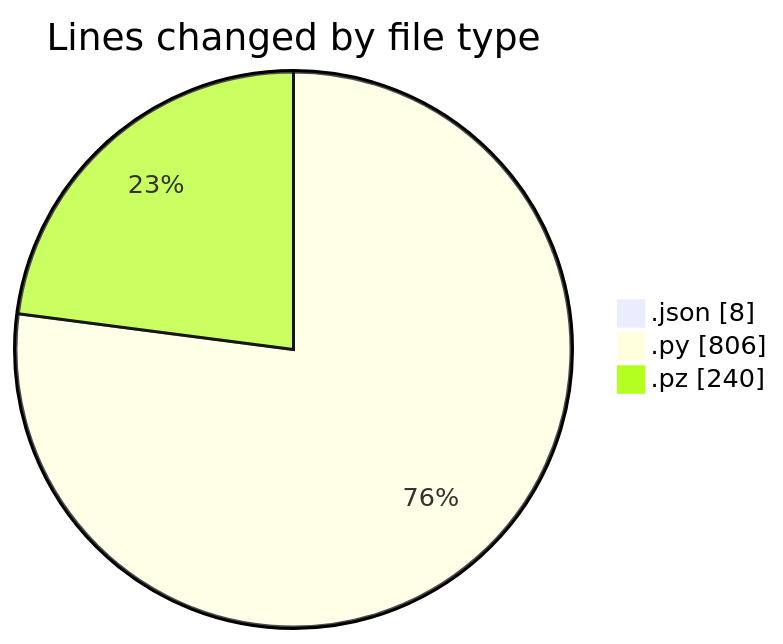
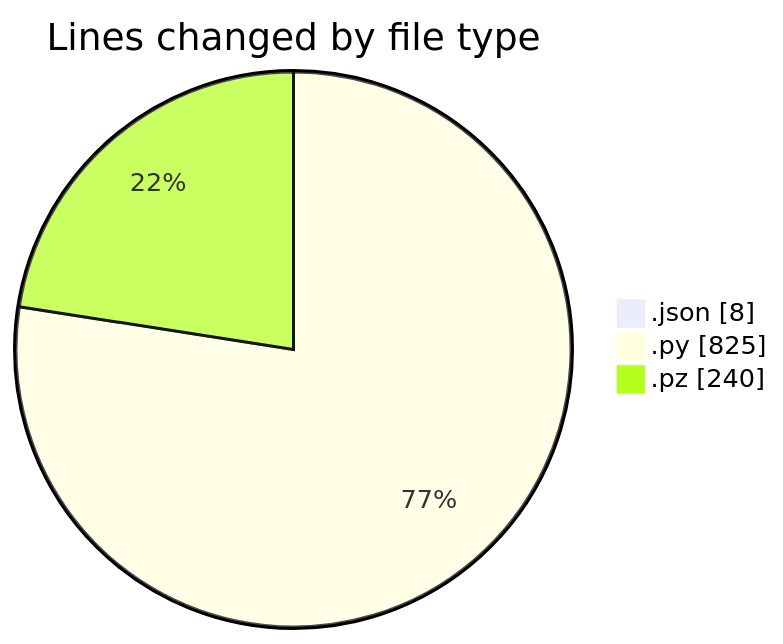
One commit to MatusMokan/code-tracking changed the first of 2 diagrams in 2025-02-18/myws__workspace_/README.md. Above: the diagram before and after it, drawn with Mermaid. The commit also changed other lines of this file and 1 other file, not shown here.

````diff
--- a/2025-02-18/myws__workspace_/README.md
+++ b/2025-02-18/myws__workspace_/README.md
@@ -26,7 +26,7 @@
 ```mermaid
 pie showData
 title Lines changed by file type
 ".json" : 8
-".py" : 806
+".py" : 825
 ".pz" : 240
 ```
````
